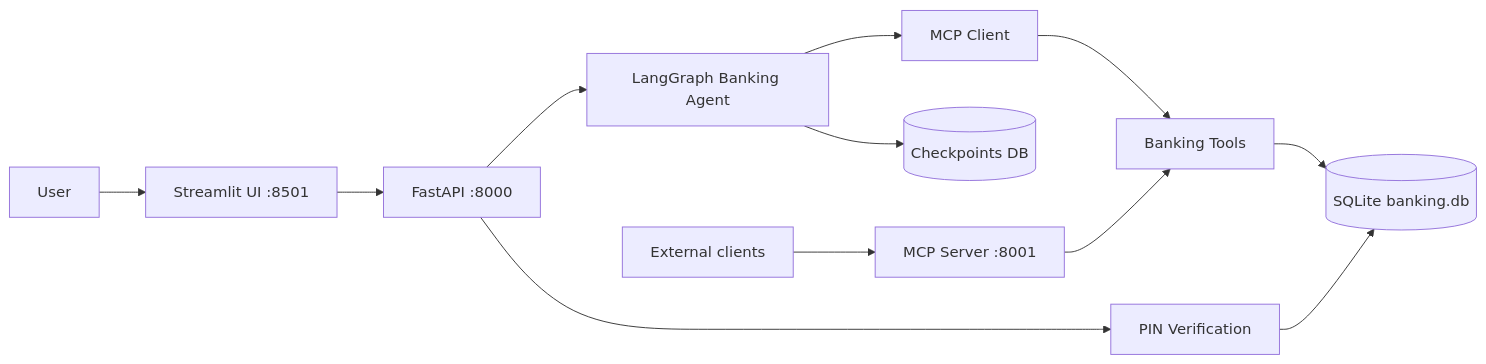
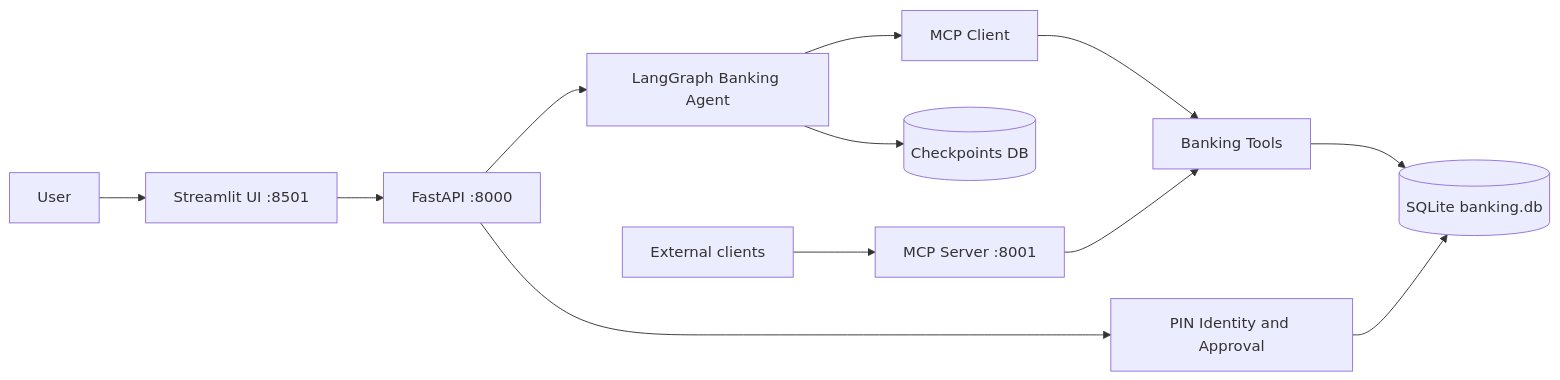
The first of 2 diagrams in README.md (NarendiranT/banking-agent-prototype), drawn with Mermaid before and after one commit. The commit also changed other lines of this file and 10 other files, not shown here.

````diff
--- a/README.md
+++ b/README.md
@@ -19,14 +20,14 @@
 ```mermaid
 flowchart LR
     User[User] --> UI[Streamlit UI :8501]
     UI --> API[FastAPI :8000]
     API --> Graph[LangGraph Banking Agent]
     Graph --> MCPClient[MCP Client]
     MCPClient --> Tools[Banking Tools]
     Tools --> DB[(SQLite banking.db)]
-    API --> PIN[PIN Verification]
+    API --> PIN[PIN Identity and Approval]
     PIN --> DB
     Graph --> CKPT[(Checkpoints DB)]
     Ext[External clients] --> MCP[MCP Server :8001]
     MCP --> Tools
 ```
````
